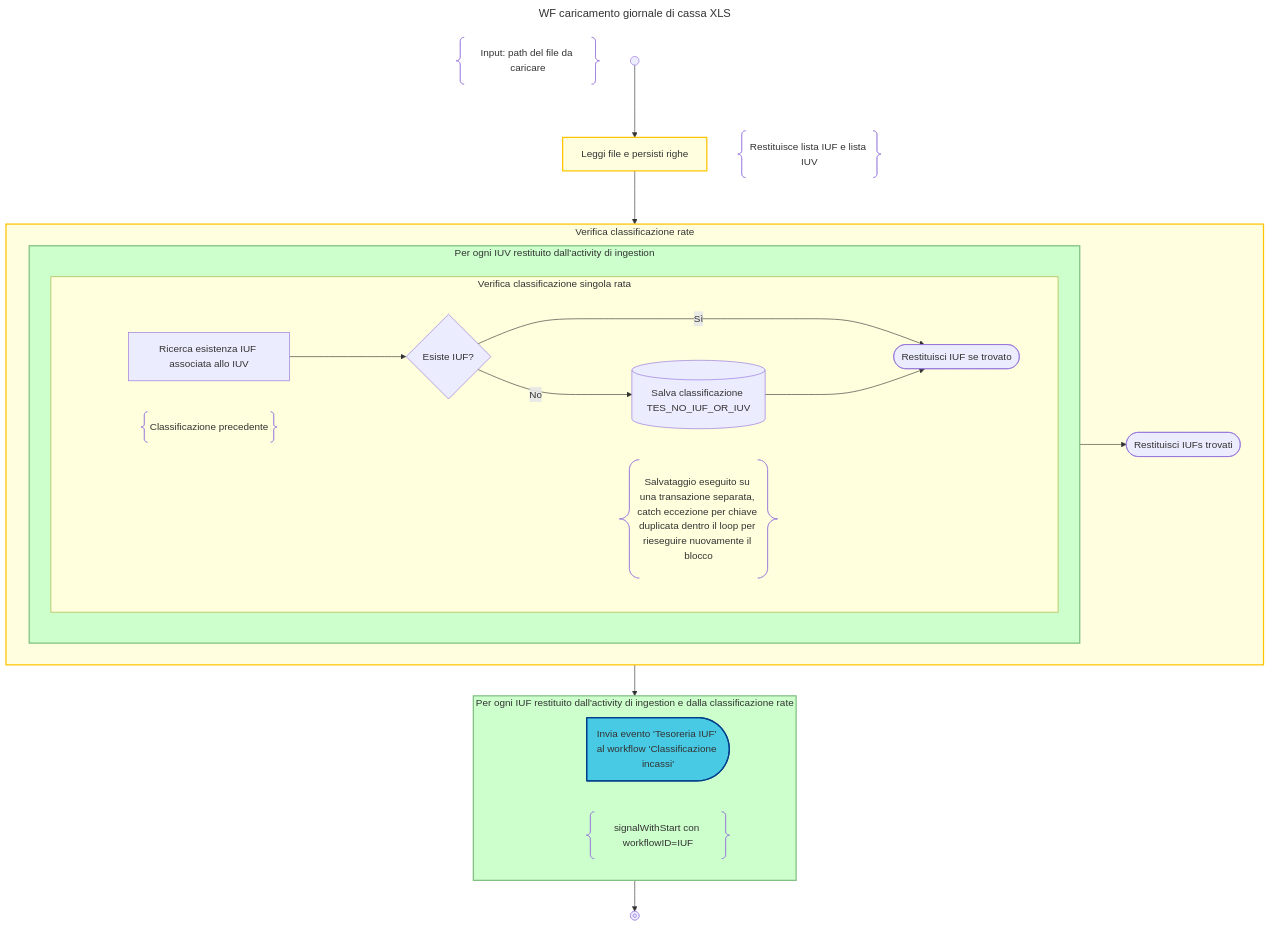
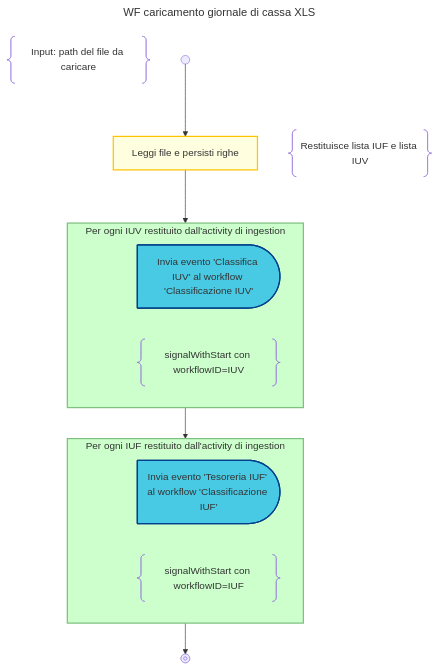
One commit to pagopa/p4pa-doc changed the diagram in design/workflow/classificazioneIncassi/tesoreriaXLS-ingestion.mmd. Above: the diagram before and after it, drawn with Mermaid. The commit also changed 11 other files, not shown here.

Commit message:
P4ADEV-1358 review 'wf classificazione incassi'

```diff
--- a/design/workflow/classificazioneIncassi/tesoreriaXLS-ingestion.mmd
+++ b/design/workflow/classificazioneIncassi/tesoreriaXLS-ingestion.mmd
@@ -1,70 +1,47 @@
 ---
 title: WF caricamento giornale di cassa XLS
 ---
 flowchart TD
     DESCRIPTION@{ shape: braces, label: "Input: path del file da caricare" }
     START@{shape: start} --> INGESTION:::activity@{label: "Leggi file e persisti righe"}
 
     subgraph INGESTION_NOTE_BLOCK
         INGESTION
         INGESTION_NOTE@{shape: braces, label: "Restituisce lista IUF e lista IUV"}
     end
     class INGESTION_NOTE_BLOCK note_block
 
-    INGESTION --> CLASSIFY_IUVs
+    INGESTION --> LOOP_IUVs
 
-    subgraph CLASSIFY_IUVs["Verifica classificazione rate"]
+    subgraph LOOP_IUVs["Per ogni IUV restituito dall'activity di ingestion"]
 
-        subgraph LOOP_IUV["Per ogni IUV restituito dall'activity di ingestion"]
-        direction TB
+        %% dummy block added to have an empty line
+        DUMMY1:::hidden-->SIGNAL_IUV
+        linkStyle 2 display:none;
 
-            subgraph CLASSIFY_IUV["Verifica classificazione singola rata"]
+        SIGNAL_IUV:::send-signal@{shape: delay, label: "Invia evento 'Classifica IUV' al workflow 'Classificazione IUV'"}
+        NOTE_SIGNAL_IUV@{ shape: braces, label: "signalWithStart con workflowID=IUV" }
+    end
+    class LOOP_IUVs loop
 
-                FIND_IUF["Ricerca esistenza IUF associata allo IUV"]
+    LOOP_IUVs --> LOOP_IUFs
 
-                subgraph FIND_IUF_NOTE_BLOCK
-                    FIND_IUF
-                    FIND_IUF_NOTE@{shape: braces, label: "Classificazione precedente"}
-                end
-                class FIND_IUF_NOTE_BLOCK note_block
-
-                FIND_IUF --> EXISTS_IUF{"Esiste IUF?"}
-                EXISTS_IUF -->|No|SAVE_NO_IUF@{shape: database, label: "Salva classificazione TES_NO_IUF_OR_IUV"}
-
-                subgraph SAVE_NO_IUF_NOTE_BLOCK
-                    SAVE_NO_IUF
-                    SAVE_NO_IUF_NOTE@{shape: braces, label: "Salvataggio eseguito su una transazione separata, catch eccezione per chiave duplicata dentro il loop per rieseguire nuovamente il blocco"}
-                end
-                class SAVE_NO_IUF_NOTE_BLOCK note_block
-
-                EXISTS_IUF -->|Sì|RETURN_IUF@{shape: stadium, label: "Restituisci IUF se trovato"}
-                SAVE_NO_IUF --> RETURN_IUF
-            end
-        end
-
-        LOOP_IUV --> RETURN_IUFS@{shape: stadium, label: "Restituisci IUFs trovati"}
-    end
-    class LOOP_IUV loop
-    class CLASSIFY_IUVs activity
-
-    CLASSIFY_IUVs --> LOOP_IUF
-
-    subgraph LOOP_IUF["Per ogni IUF restituito dall'activity di ingestion e dalla classificazione rate"]
+    subgraph LOOP_IUFs["Per ogni IUF restituito dall'activity di ingestion"]
 
         %% dummy block added to have an empty line
         DUMMY2:::hidden-->SIGNAL_IUF
-        linkStyle 8 display:none;
+        linkStyle 4 display:none;
 
-        SIGNAL_IUF:::send-signal@{shape: delay, label: "Invia evento 'Tesoreria IUF' al workflow 'Classificazione incassi'"}
-        NOTE@{ shape: braces, label: "signalWithStart con workflowID=IUF" }
+        SIGNAL_IUF:::send-signal@{shape: delay, label: "Invia evento 'Tesoreria IUF' al workflow 'Classificazione IUF'"}
+        NOTE_SIGNAL_IUF@{ shape: braces, label: "signalWithStart con workflowID=IUF" }
     end
-    class LOOP_IUF loop
+    class LOOP_IUFs loop
 
-    LOOP_IUF --> END@{shape: stop}
+    LOOP_IUFs --> END@{shape: stop}
 
 
     classDef hidden display:none;
     classDef note_block display:none;
     classDef activity fill:#FFFFE0, stroke:#ffc300, stroke-width:2px;
     classDef loop fill:#CCFFCC, stroke:#7FBF7F, stroke-width:2px, padding-bottom: 5px;
     classDef send-signal fill:#48cae4, stroke:#023e8a, stroke-width:2px
```
